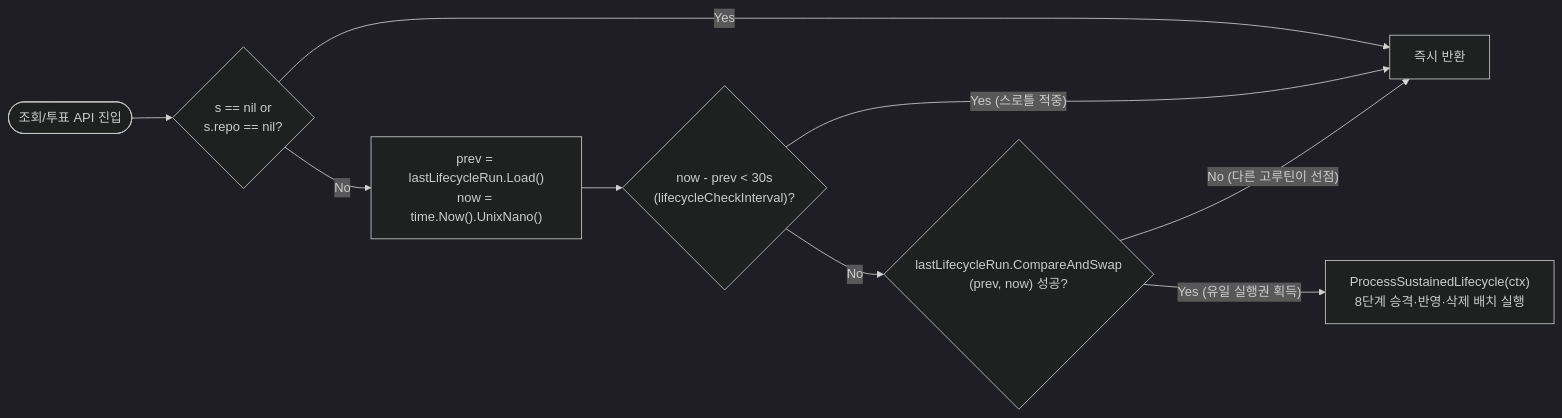
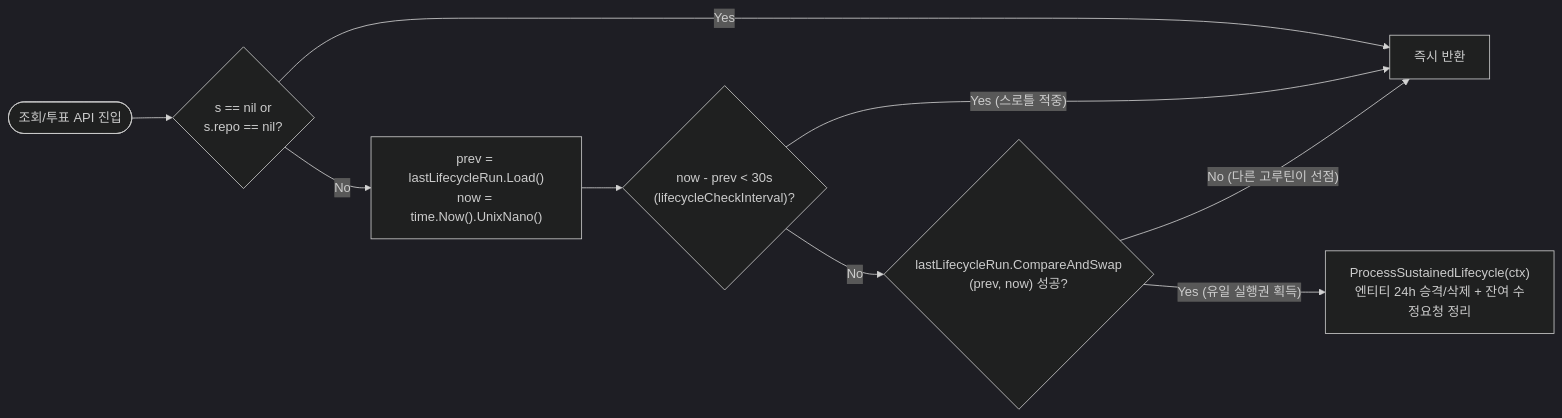
One commit to koanghun/eventer-map changed the fourth of 4 diagrams in wiki/DATA_GOVERNANCE_AND_CREDIT_POLICY.md. Above: the diagram before and after it, drawn with Mermaid (dark theme). The commit also changed other lines of this file and 17 other files, not shown here.

````diff
--- a/wiki/DATA_GOVERNANCE_AND_CREDIT_POLICY.md
+++ b/wiki/DATA_GOVERNANCE_AND_CREDIT_POLICY.md
@@ -234,11 +234,11 @@
 ```mermaid
 flowchart LR
     Call(["조회/투표 API 진입"]) --> CheckNil{"s == nil or<br/>s.repo == nil?"}
     CheckNil -- "Yes" --> ReturnEarly["즉시 반환"]
     CheckNil -- "No" --> Load["prev = lastLifecycleRun.Load()<br/>now = time.Now().UnixNano()"]
     Load --> Interval{"now - prev < 30s<br/>(lifecycleCheckInterval)?"}
     Interval -- "Yes (스로틀 적중)" --> ReturnEarly
     Interval -- "No" --> CAS{"lastLifecycleRun.CompareAndSwap<br/>(prev, now) 성공?"}
     CAS -- "No (다른 고루틴이 선점)" --> ReturnEarly
-    CAS -- "Yes (유일 실행권 획득)" --> Run["ProcessSustainedLifecycle(ctx)<br/>8단계 승격·반영·삭제 배치 실행"]
+    CAS -- "Yes (유일 실행권 획득)" --> Run["ProcessSustainedLifecycle(ctx)<br/>엔티티 24h 승격/삭제 + 잔여 수정요청 정리"]
 ```
````
